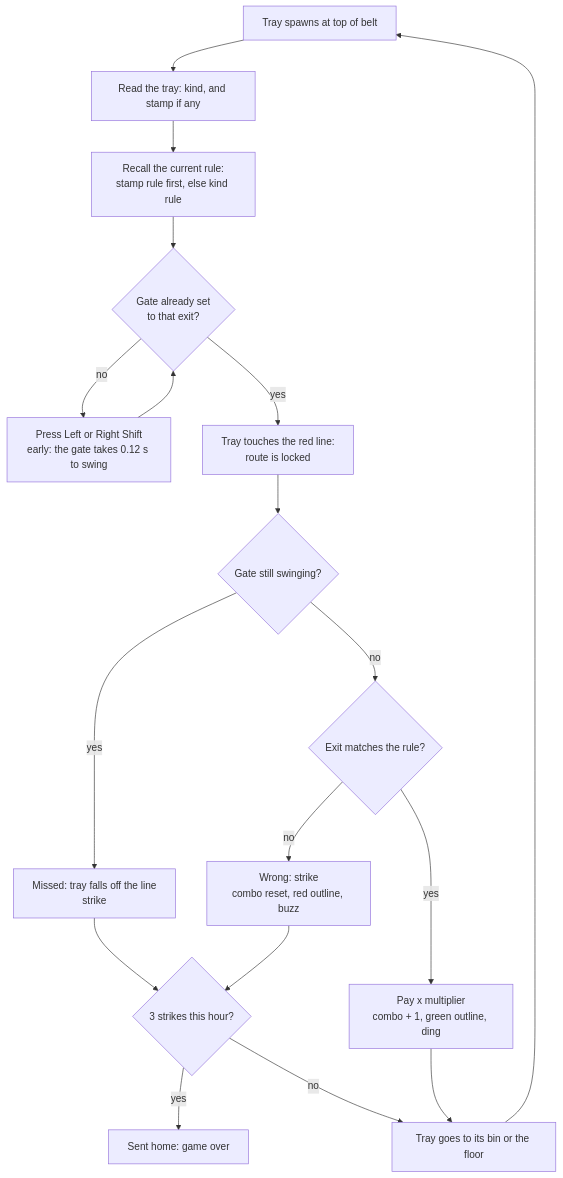
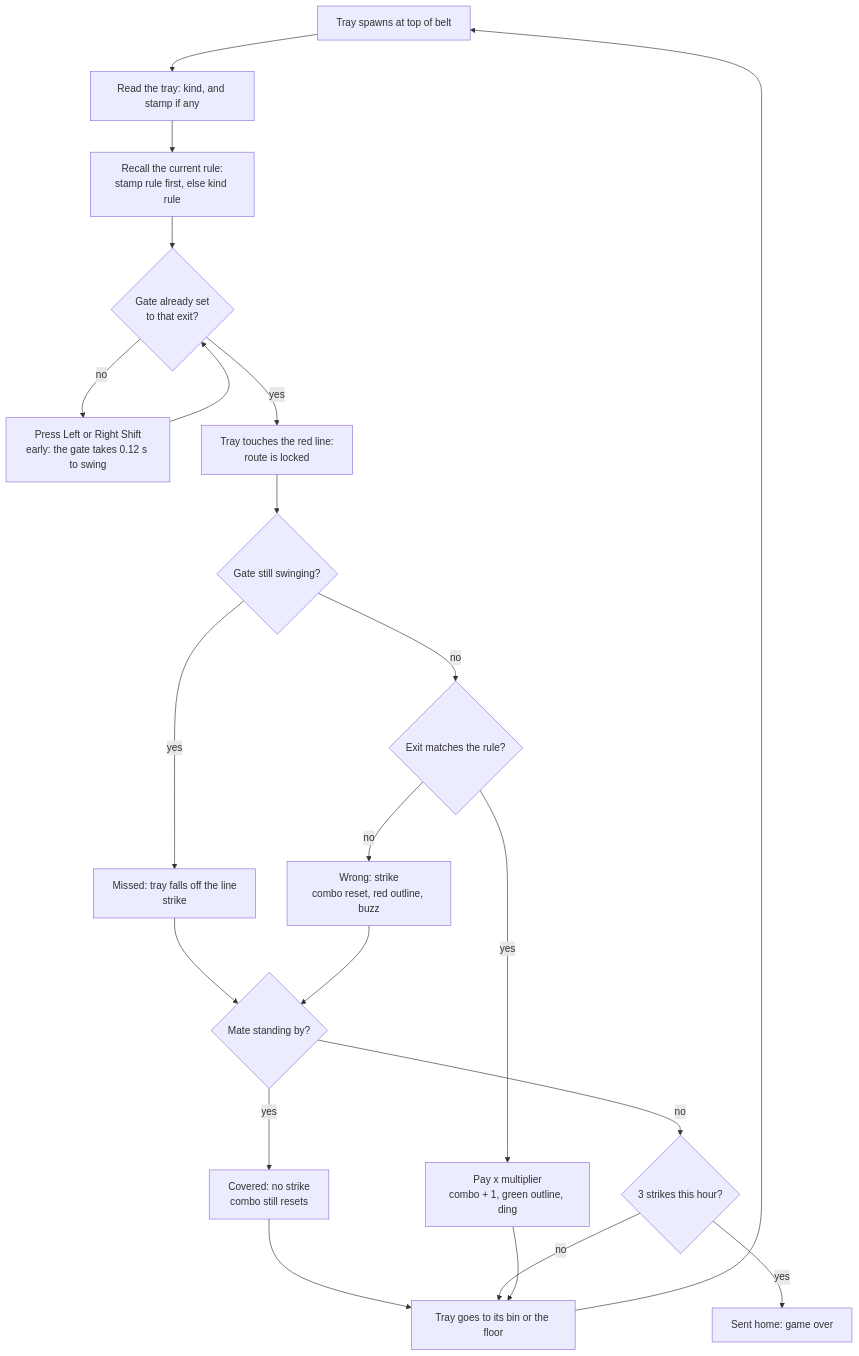
One commit to NiloyBhattacharjee/cluck-shift changed the first of 9 diagrams in docs/design.md. Above: the diagram before and after it, drawn with Mermaid. The commit also changed other lines of this file and 21 other files, not shown here.

````diff
--- a/docs/design.md
+++ b/docs/design.md
@@ -94,20 +104,23 @@
 ```mermaid
 flowchart TD
     A[Tray spawns at top of belt] --> B[Read the tray: kind, and stamp if any]
     B --> C[Recall the current rule:<br/>stamp rule first, else kind rule]
     C --> D{Gate already set<br/>to that exit?}
     D -- no --> E[Press Left or Right Shift<br/>early: the gate takes 0.12 s to swing]
     E --> D
     D -- yes --> F[Tray touches the red line:<br/>route is locked]
     F --> G{Gate still swinging?}
     G -- yes --> M[Missed: tray falls off the line<br/>strike]
     G -- no --> H{Exit matches the rule?}
     H -- yes --> I[Pay x multiplier<br/>combo + 1, green outline, ding]
     H -- no --> J[Wrong: strike<br/>combo reset, red outline, buzz]
-    M --> K{3 strikes this hour?}
-    J --> K
+    M --> X{Mate standing by?}
+    J --> X
+    X -- yes --> Y[Covered: no strike<br/>combo still resets]
+    X -- no --> K{3 strikes this hour?}
+    Y --> N
     K -- yes --> L[Sent home: game over]
     K -- no --> N[Tray goes to its bin or the floor]
     I --> N
     N --> A
 ```
````
